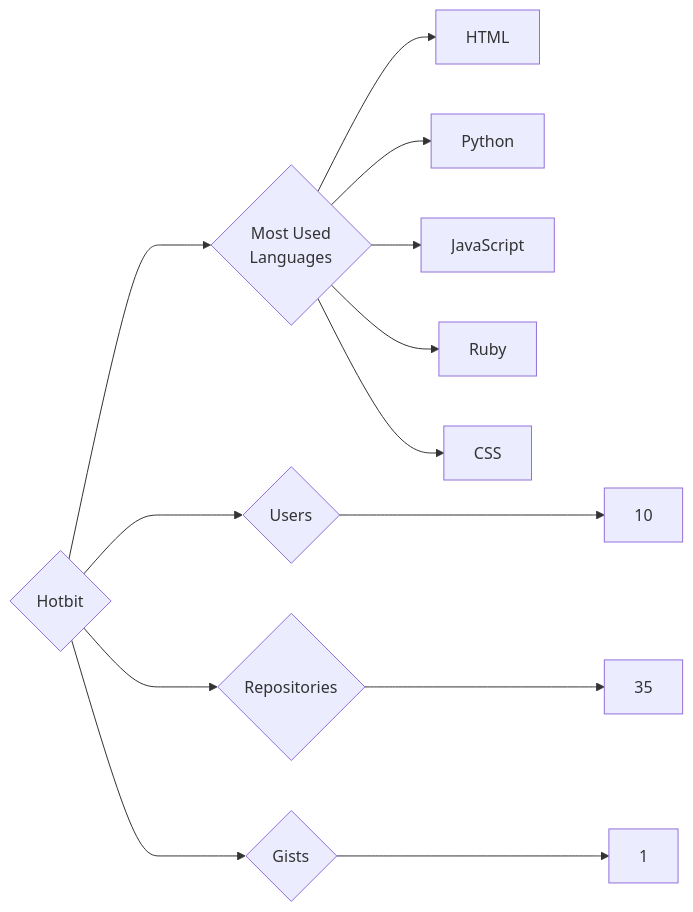
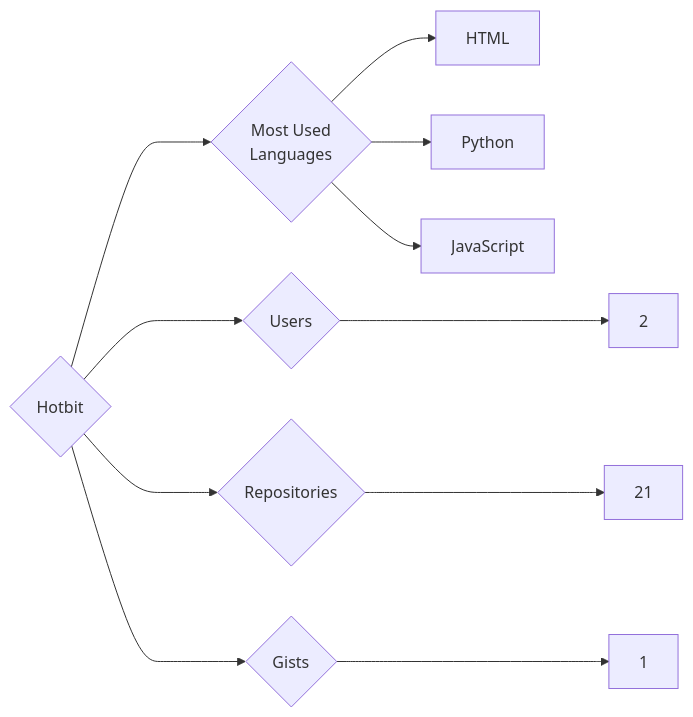
Before and after one commit to trickest/insiders: the diagram in targets/Hotbit/README.md, drawn with Mermaid. The commit also changed 1089 other files, not shown here.

````diff
--- a/targets/Hotbit/README.md
+++ b/targets/Hotbit/README.md
@@ -3,13 +3,11 @@
 ```mermaid
 graph LR
 COMPANY_NAME{Hotbit}
-COMPANY_NAME ---> U{Users} ---> UN[10]
-COMPANY_NAME ---> R{Repositories} ---> RN[35]
+COMPANY_NAME ---> U{Users} ---> UN[2]
+COMPANY_NAME ---> R{Repositories} ---> RN[21]
 COMPANY_NAME ---> G{Gists} ---> GN[1]
 COMPANY_NAME ---> ML{Most Used<br>Languages}
 ML --> HTML[HTML]
 ML --> Python[Python]
 ML --> JavaScript[JavaScript]
-ML --> Ruby[Ruby]
-ML --> CSS[CSS]
 ```
````
